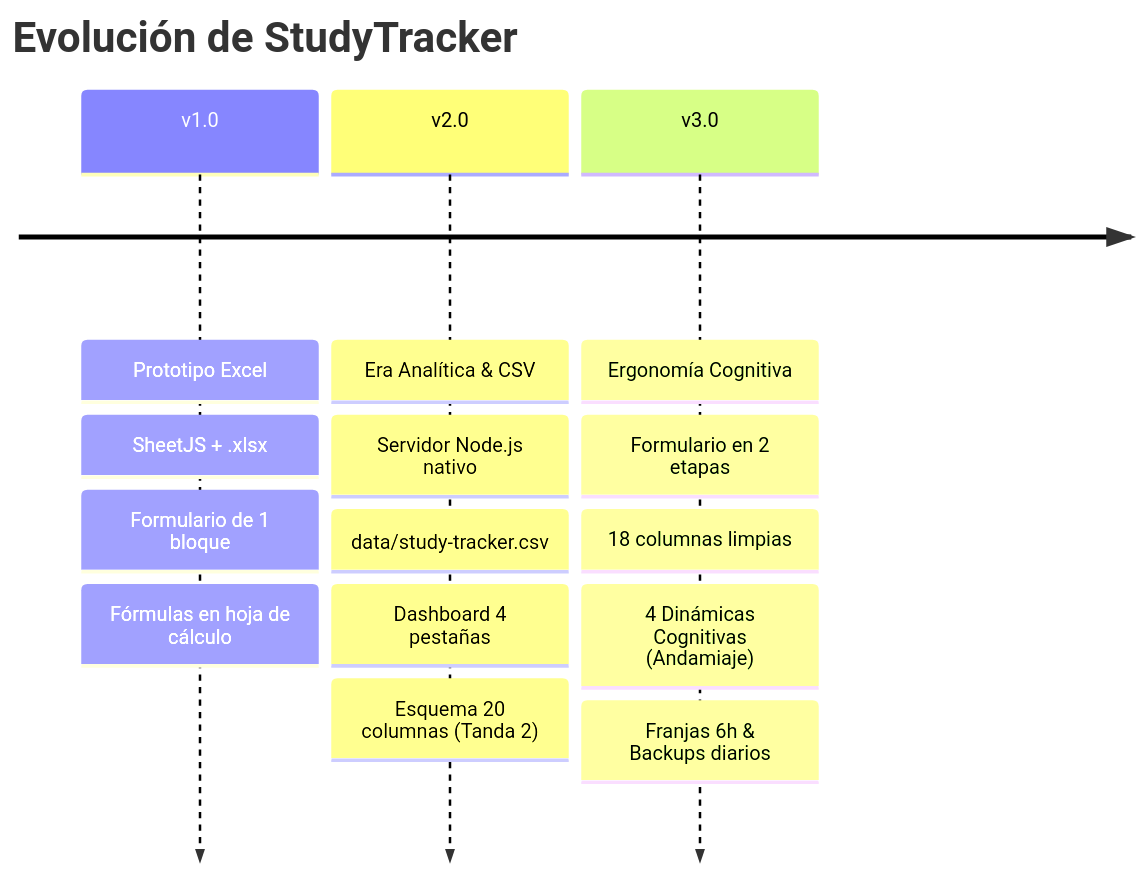
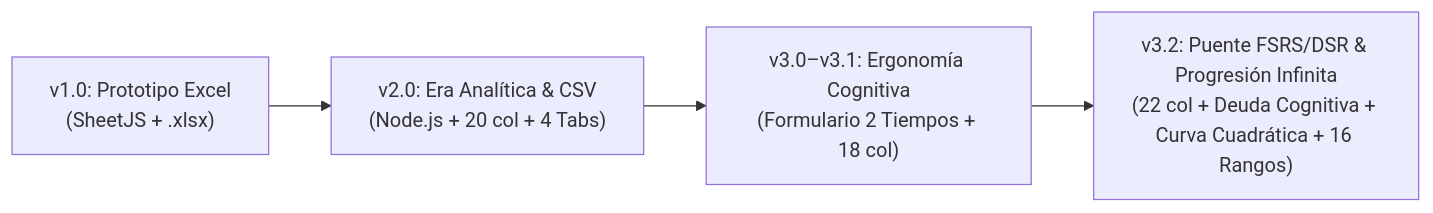
One commit to carloamezcua/study-tracker changed the diagram in docs/DECISIONES.md. Above: the diagram before and after it, drawn with Mermaid. The commit also changed other lines of this file and 8 other files, not shown here.

Commit message:
docs: actualizar README, ADRs, roadmap y guia v4.0 con curva cuadratica de XP y rangos profesionales

````diff
--- a/docs/DECISIONES.md
+++ b/docs/DECISIONES.md
@@ -21,7 +21,6 @@
 ```mermaid
-timeline
-    title Evolución de StudyTracker
-    v1.0 : Prototipo Excel : SheetJS + .xlsx : Formulario de 1 bloque : Fórmulas en hoja de cálculo
-    v2.0 : Era Analítica & CSV : Servidor Node.js nativo : data/study-tracker.csv : Dashboard 4 pestañas : Esquema 20 columnas (Tanda 2)
-    v3.0 : Ergonomía Cognitiva : Formulario en 2 etapas : 18 columnas limpias : 4 Dinámicas Cognitivas (Andamiaje) : Franjas 6h & Backups diarios
+flowchart LR
+    V1["v1.0: Prototipo Excel\n(SheetJS + .xlsx)"] --> V2["v2.0: Era Analítica & CSV\n(Node.js + 20 col + 4 Tabs)"]
+    V2 --> V3["v3.0–v3.1: Ergonomía Cognitiva\n(Formulario 2 Tiempos + 18 col)"]
+    V3 --> V32["v3.2: Puente FSRS/DSR & Progresión Infinita\n(22 col + Deuda Cognitiva + Curva Cuadrática + 16 Rangos)"]
 ```
````
